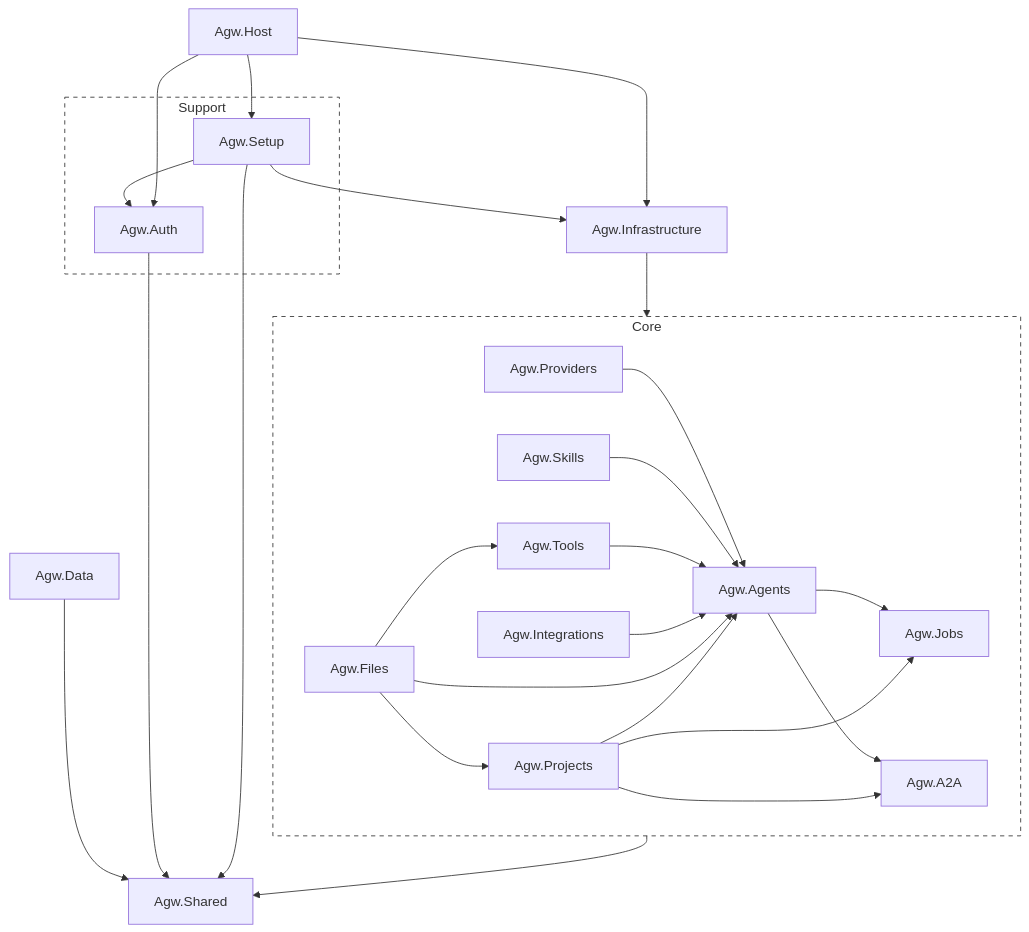
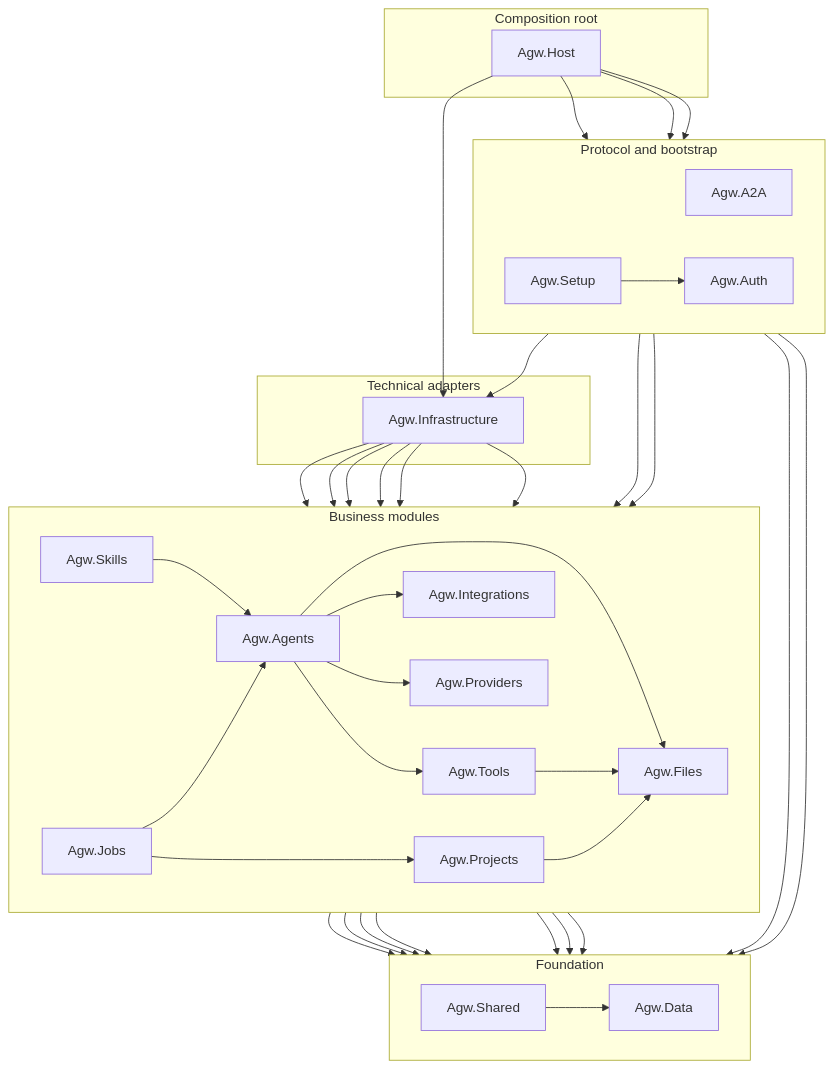
The diagram in docs/2.Architecture.md (zxyao145/agw), drawn with Mermaid before and after one commit. The commit also changed other lines of this file and 4 other files, not shown here.

Commit message:
feat(architecture): reorganize project structure and update architecture diagrams for clarity

````diff
--- a/docs/2.Architecture.md
+++ b/docs/2.Architecture.md
@@ -45,56 +47,79 @@
 ```mermaid
-graph TD
-    subgraph Core
-        Agw.Jobs
-        Agw.A2A
-        Agw.Agents
-        Agw.Providers
-        Agw.Skills
-        Agw.Tools
-        Agw.Integrations
-        Agw.Projects
-        Agw.Files
-
-        %% Relationships
-        Agw.Agents --> Agw.Jobs
-        Agw.Agents --> Agw.A2A
-
-
-        Agw.Providers --> Agw.Agents
-        Agw.Skills --> Agw.Agents
-        Agw.Tools --> Agw.Agents
-        Agw.Integrations --> Agw.Agents
-        Agw.Files --> Agw.Agents
-
-
-        Agw.Projects --> Agw.Agents
-        Agw.Projects --> Agw.Jobs
-        Agw.Projects --> Agw.A2A
-        Agw.Files --> Agw.Projects
-        Agw.Files --> Agw.Tools
-
+flowchart TB
+    subgraph Composition["Composition root"]
+        HOST["Agw.Host"]
     end
 
-    subgraph Support
-        Agw.Auth[Agw.Auth]
-        Agw.Setup[Agw.Setup]
+    subgraph Boundaries["Protocol and bootstrap"]
+        direction LR
+        A2A["Agw.A2A"]
+        AUTH["Agw.Auth"]
+        SETUP["Agw.Setup"]
     end
 
-    Agw.Data --> Agw.Shared
-    Agw.Auth --> Agw.Shared
-    Agw.Setup --> Agw.Auth
-    Agw.Setup --> Agw.Infrastructure
-    Agw.Setup --> Agw.Shared
-    Core --> Agw.Shared
+    subgraph Adapters["Technical adapters"]
+        INFRA["Agw.Infrastructure"]
+    end
 
-    Agw.Infrastructure --> Core
-    Agw.Host --> Agw.Auth
-    Agw.Host --> Agw.Setup
-    Agw.Host --> Agw.Infrastructure
+    subgraph Core["Business modules"]
+        direction LR
+        AGENTS["Agw.Agents"]
+        JOBS["Agw.Jobs"]
+        PROJECTS["Agw.Projects"]
+        PROVIDERS["Agw.Providers"]
+        INTEGRATIONS["Agw.Integrations"]
+        SKILLS["Agw.Skills"]
+        TOOLS["Agw.Tools"]
+        FILES["Agw.Files"]
+    end
 
+    subgraph Foundation["Foundation"]
+        direction LR
+        SHARED["Agw.Shared"]
+        DATA["Agw.Data"]
+    end
 
+    HOST --> A2A
+    HOST --> AUTH
+    HOST --> INFRA
+    HOST --> SETUP
 
-    %% styles
-    style Core fill:none,stroke:#333,stroke-dasharray: 5 5
-    style Support fill:none,stroke:#333,stroke-dasharray: 5 5
+    SETUP --> AUTH
+    SETUP --> INFRA
+    SETUP --> SHARED
+
+    A2A --> AGENTS
+    A2A --> PROJECTS
+
+    INFRA --> AGENTS
+    INFRA --> INTEGRATIONS
+    INFRA --> PROVIDERS
+    INFRA --> PROJECTS
+    INFRA --> SKILLS
+    INFRA --> JOBS
+
+    SKILLS --> AGENTS
+    SKILLS --> SHARED
+    JOBS --> AGENTS
+    JOBS --> PROJECTS
+    JOBS --> SHARED
+
+    AGENTS --> FILES
+    AGENTS --> INTEGRATIONS
+    AGENTS --> PROVIDERS
+    AGENTS --> TOOLS
+    AGENTS --> SHARED
+
+    PROJECTS --> FILES
+    PROJECTS --> SHARED
+    TOOLS --> FILES
+    TOOLS --> SHARED
+
+    AUTH --> SHARED
+    INTEGRATIONS --> SHARED
+    PROVIDERS --> SHARED
+
+    %% Layout only: keep the foundation below the business modules.
+    FILES ~~~ SHARED
+    SHARED --> DATA
 ```
````
